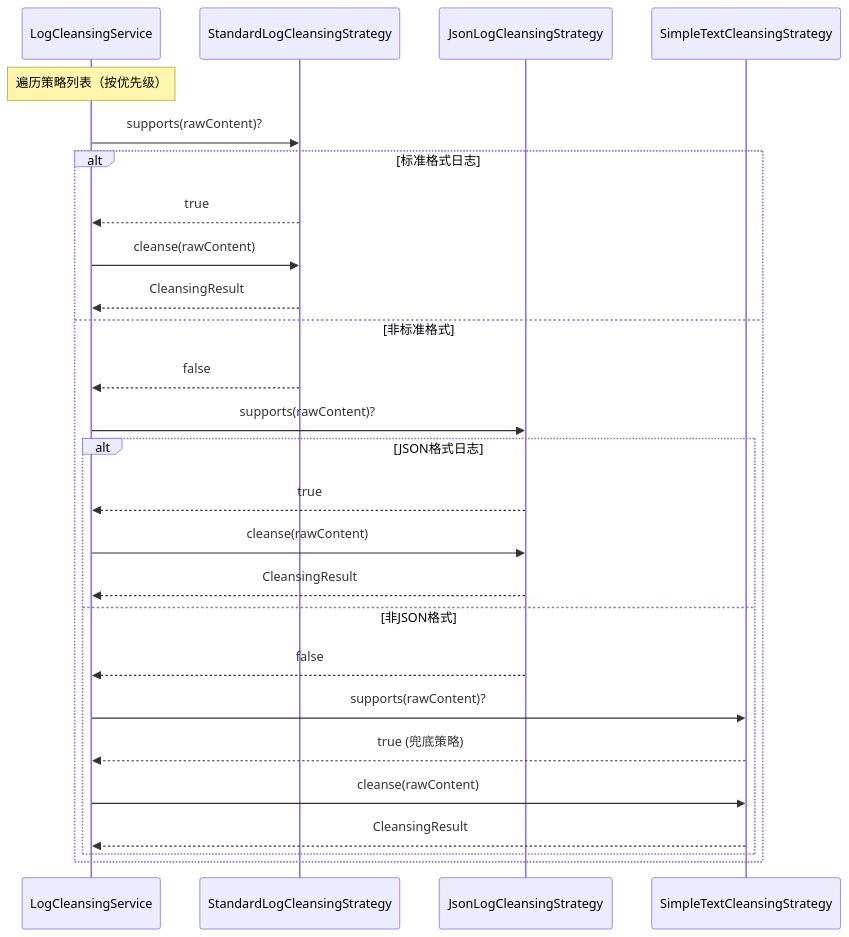
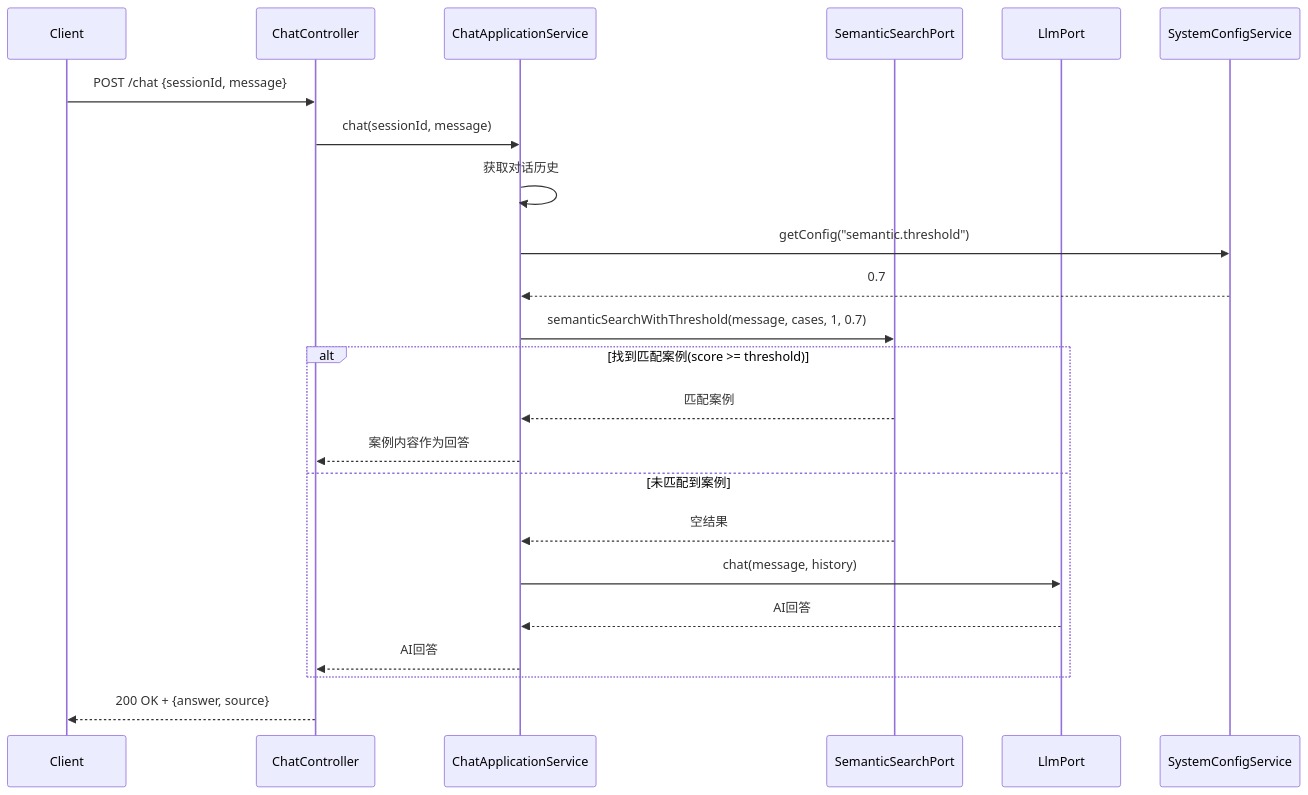
One commit to jackjiang9627-hash/keke changed the sixth of 7 diagrams in README.md. Above: the diagram before and after it, drawn with Mermaid. The commit also changed other lines of this file and 50 other files, not shown here.

````diff
--- a/README.md
+++ b/README.md
@@ -1256,30 +772,28 @@
 ```mermaid
 sequenceDiagram
-    participant Service as LogCleansingService
-    participant Standard as StandardLogCleansingStrategy
-    participant Json as JsonLogCleansingStrategy
-    participant Simple as SimpleTextCleansingStrategy
-
-    Note over Service: 遍历策略列表（按优先级）
+    participant C as Client
+    participant Ctrl as ChatController
+    participant App as ChatApplicationService
+    participant Sem as SemanticSearchPort
+    participant LLM as LlmPort
+    participant Cfg as SystemConfigService
     
-    Service->>Standard: supports(rawContent)?
-    alt 标准格式日志
-        Standard-->>Service: true
-        Service->>Standard: cleanse(rawContent)
-        Standard-->>Service: CleansingResult
-    else 非标准格式
-        Standard-->>Service: false
-        Service->>Json: supports(rawContent)?
-        alt JSON格式日志
-            Json-->>Service: true
-            Service->>Json: cleanse(rawContent)
-            Json-->>Service: CleansingResult
-        else 非JSON格式
-            Json-->>Service: false
-            Service->>Simple: supports(rawContent)?
-            Simple-->>Service: true (兜底策略)
-            Service->>Simple: cleanse(rawContent)
-            Simple-->>Service: CleansingResult
-        end
+    C->>Ctrl: POST /chat {sessionId, message}
+    Ctrl->>App: chat(sessionId, message)
+    App->>App: 获取对话历史
+    App->>Cfg: getConfig("semantic.threshold")
+    Cfg-->>App: 0.7
+    App->>Sem: semanticSearchWithThreshold(message, cases, 1, 0.7)
+    
+    alt 找到匹配案例(score >= threshold)
+        Sem-->>App: 匹配案例
+        App-->>Ctrl: 案例内容作为回答
+    else 未匹配到案例
+        Sem-->>App: 空结果
+        App->>LLM: chat(message, history)
+        LLM-->>App: AI回答
+        App-->>Ctrl: AI回答
     end
+    
+    Ctrl-->>C: 200 OK + {answer, source}
 ```
````
